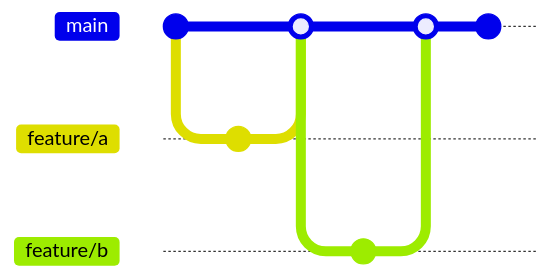
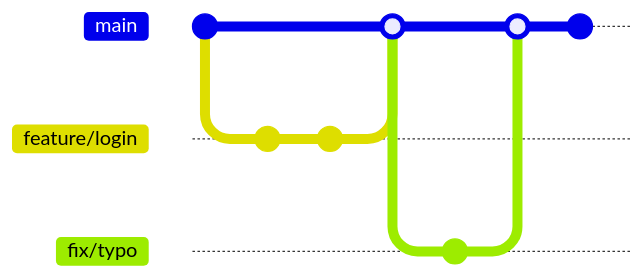
The second of 8 diagrams in github-pages/docs/technology/branching.md (AndrewAltimit/Documentation), drawn with Mermaid before and after one commit. The commit also changed other lines of this file and 240 other files, not shown here. Commit ids are hidden.

````diff
--- a/github-pages/docs/technology/branching.md
+++ b/github-pages/docs/technology/branching.md
@@ -59,15 +63,16 @@
 ```mermaid
 gitGraph
-    commit
-    branch feature/a
-    checkout feature/a
-    commit
+    commit id: "init"
+    branch feature/login
+    checkout feature/login
+    commit id: "add form"
+    commit id: "add tests"
     checkout main
-    merge feature/a
-    branch feature/b
-    checkout feature/b
-    commit
+    merge feature/login id: "PR #12"
+    branch fix/typo
+    checkout fix/typo
+    commit id: "fix copy"
     checkout main
-    merge feature/b
-    commit
+    merge fix/typo id: "PR #13"
+    commit id: "deploy"
 ```
````
